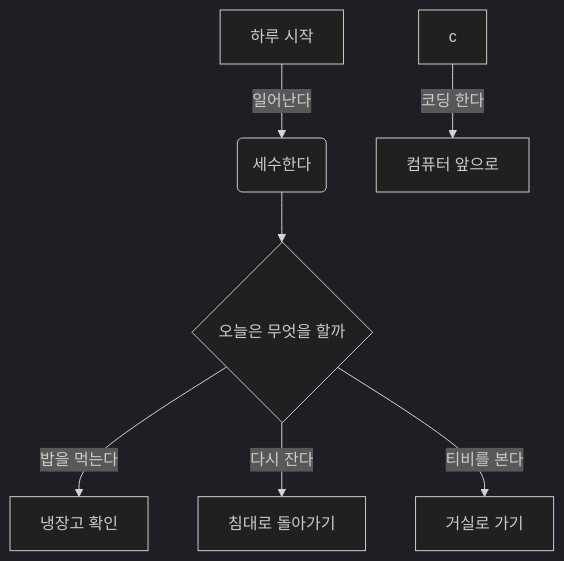
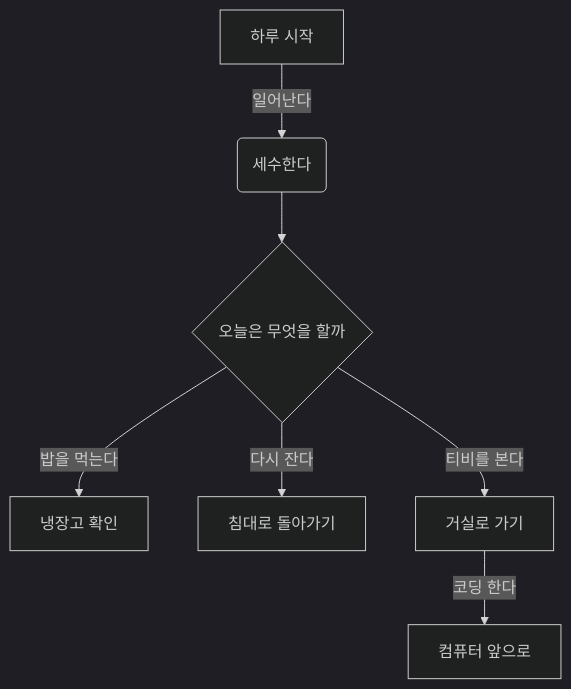
One commit to christianB053/test changed the diagram in README.md. Above: the diagram before and after it, drawn with Mermaid (dark theme).

````diff
--- a/README.md
+++ b/README.md
@@ -3,9 +3,9 @@
 ```mermaid
 		graph TD
 	    A[하루 시작] -->|일어난다| B(세수한다)
 	    B --> C{오늘은 무엇을 할까}
 	    C -->|밥을 먹는다| D[냉장고 확인]
 	    C -->|다시 잔다| E[침대로 돌아가기]
 	    C -->|티비를 본다| F[거실로 가기]
-      c -->|코딩 한다| G[컴퓨터 앞으로 ]
+       -->|코딩 한다| G[컴퓨터 앞으로 ]
 ```
````
